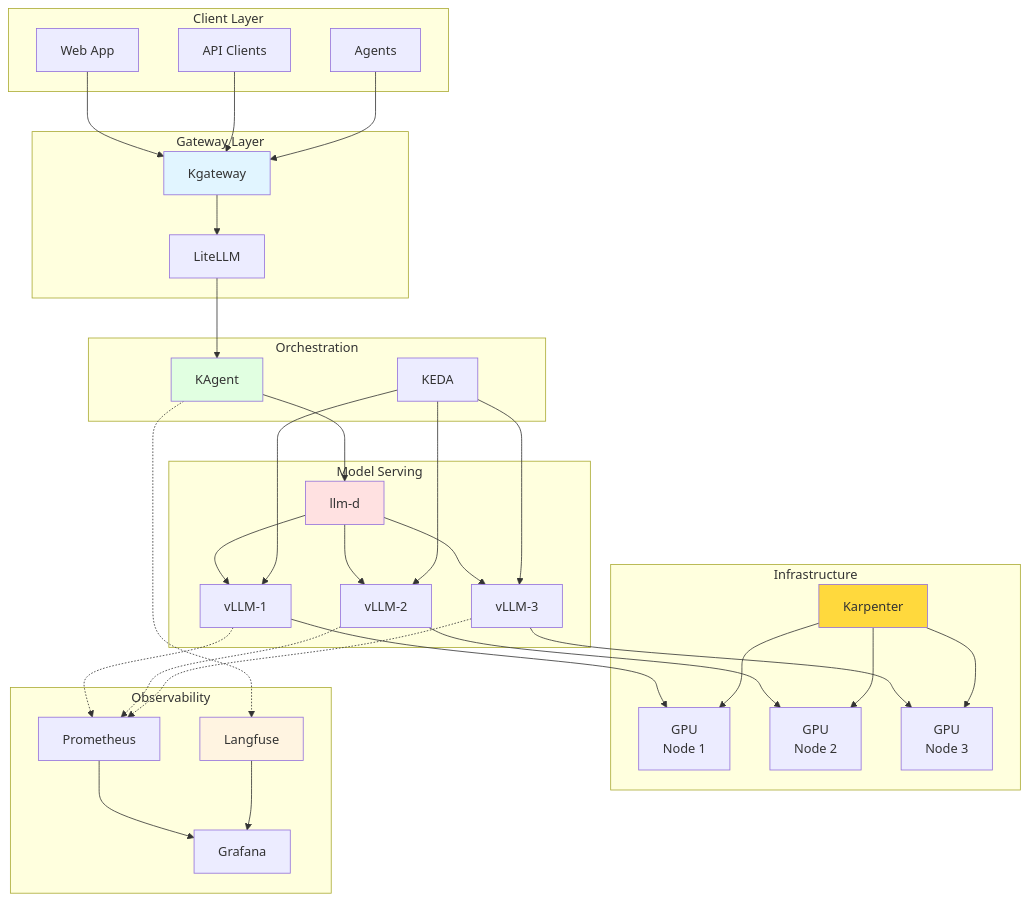
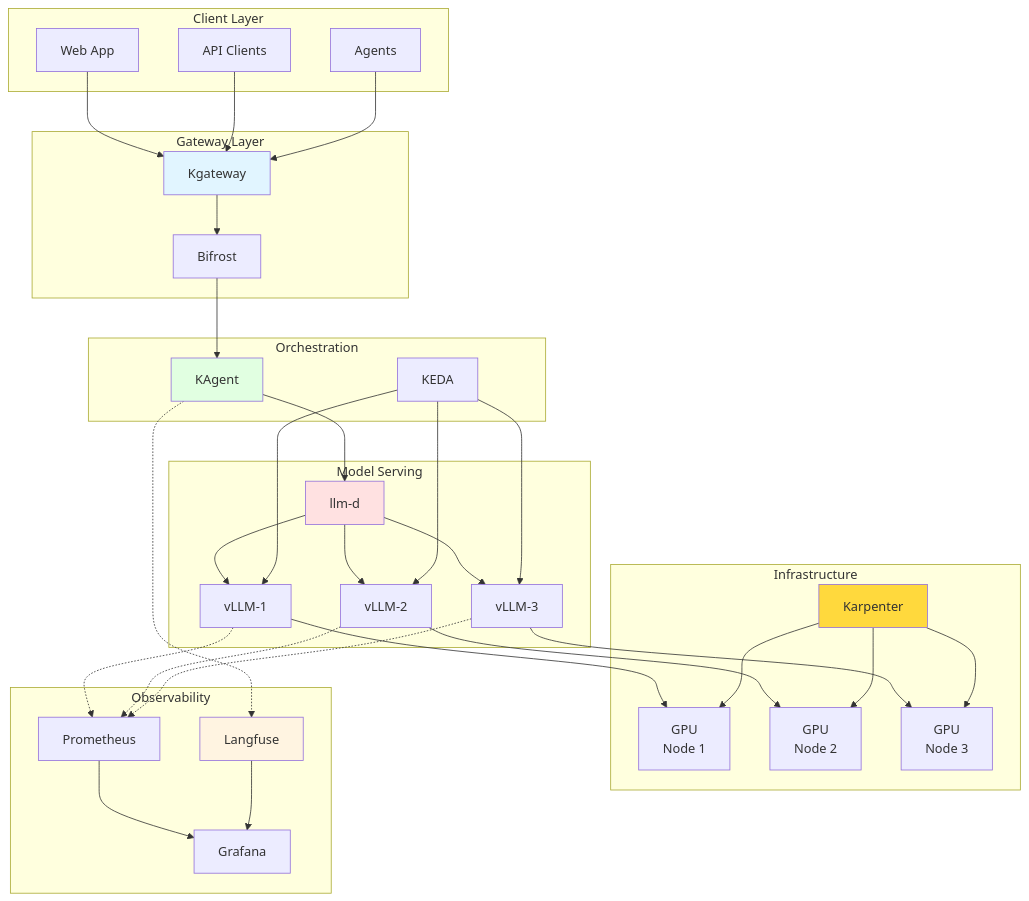
One commit to devfloor9/engineering-playbook changed diagram 11 of 17 in docs/agentic-ai-platform/design-architecture/agentic-ai-challenges.md. Above: the diagram before and after it, drawn with Mermaid. The commit also changed other lines of this file and 13 other files, not shown here.

First line of the commit message:
docs: LLM Router 기본 전환 — Bifrost (primary) + LiteLLM (alternative)

````diff
--- a/docs/agentic-ai-platform/design-architecture/agentic-ai-challenges.md
+++ b/docs/agentic-ai-platform/design-architecture/agentic-ai-challenges.md
@@ -642,70 +642,70 @@
 ```mermaid
 flowchart TD
     subgraph Client["Client Layer"]
         WEB["Web App"]
         API["API Clients"]
         AGENT["Agents"]
     end
 
     subgraph Gateway["Gateway Layer"]
         KGW["Kgateway"]
-        LITE["LiteLLM"]
+        BIFROST["Bifrost"]
     end
 
     subgraph Orchestration["Orchestration"]
         KAGENT["KAgent"]
         KEDA["KEDA"]
     end
 
     subgraph Serving["Model Serving"]
         LLMD["llm-d"]
         VLLM1["vLLM-1"]
         VLLM2["vLLM-2"]
         VLLM3["vLLM-3"]
     end
 
     subgraph Infra["Infrastructure"]
         KARP["Karpenter"]
         GPU1["GPU<br/>Node 1"]
         GPU2["GPU<br/>Node 2"]
         GPU3["GPU<br/>Node 3"]
     end
 
     subgraph Obs["Observability"]
         LF["Langfuse"]
         PROM["Prometheus"]
         GRAF["Grafana"]
     end
 
     WEB --> KGW
     API --> KGW
     AGENT --> KGW
-    KGW --> LITE
-    LITE --> KAGENT
+    KGW --> BIFROST
+    BIFROST --> KAGENT
     KAGENT --> LLMD
     LLMD --> VLLM1
     LLMD --> VLLM2
     LLMD --> VLLM3
     VLLM1 --> GPU1
     VLLM2 --> GPU2
     VLLM3 --> GPU3
     KARP --> GPU1
     KARP --> GPU2
     KARP --> GPU3
     KEDA --> VLLM1
     KEDA --> VLLM2
     KEDA --> VLLM3
 
     KAGENT -.-> LF
     VLLM1 -.-> PROM
     VLLM2 -.-> PROM
     VLLM3 -.-> PROM
     PROM --> GRAF
     LF --> GRAF
 
     style KGW fill:#e1f5ff
     style KAGENT fill:#e1ffe1
     style KARP fill:#ffd93d
     style LF fill:#fff4e1
     style LLMD fill:#ffe1e1
 ```
````
